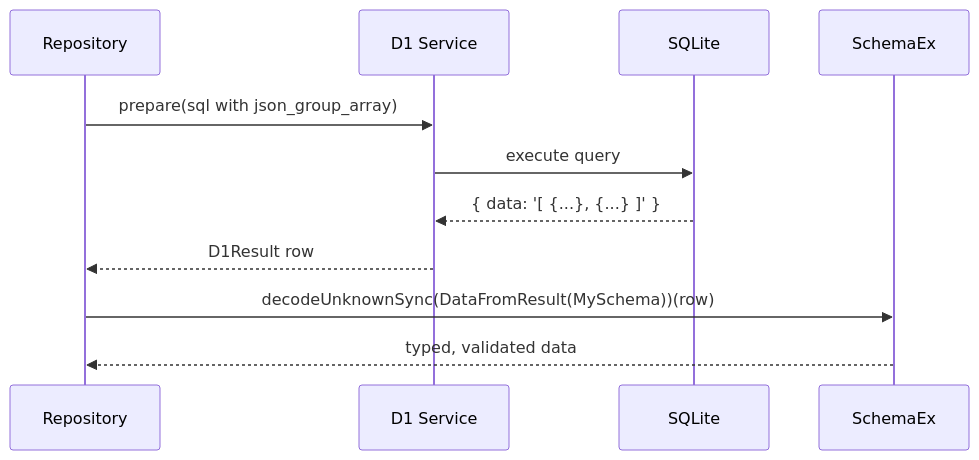
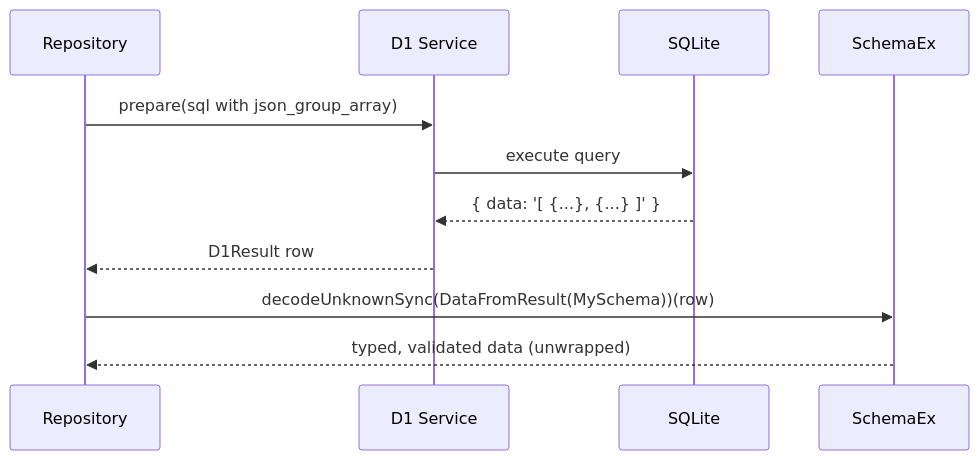
The second of 2 diagrams in docs/schema-ex-d1-research.md (mw10013/tanstack-cloudflare-agent), drawn with Mermaid before and after one commit. The commit also changed other lines of this file, not shown here.

Commit message:
docs: update SchemaEx documentation to clarify D1 result validation and introduce Effect 4 approach

````diff
--- a/docs/schema-ex-d1-research.md
+++ b/docs/schema-ex-d1-research.md
@@ -172,14 +142,14 @@
 ```mermaid
 sequenceDiagram
     participant Repo as Repository
     participant D1 as D1 Service
     participant SQL as SQLite
-    participant Schema as SchemaEx
+    participant SE as SchemaEx
 
     Repo->>D1: prepare(sql with json_group_array)
     D1->>SQL: execute query
     SQL-->>D1: { data: '[ {...}, {...} ]' }
     D1-->>Repo: D1Result row
-    Repo->>Schema: decodeUnknownSync(DataFromResult(MySchema))(row)
-    Schema-->>Repo: typed, validated data
+    Repo->>SE: decodeUnknownSync(DataFromResult(MySchema))(row)
+    SE-->>Repo: typed, validated data (unwrapped)
 ```
````
